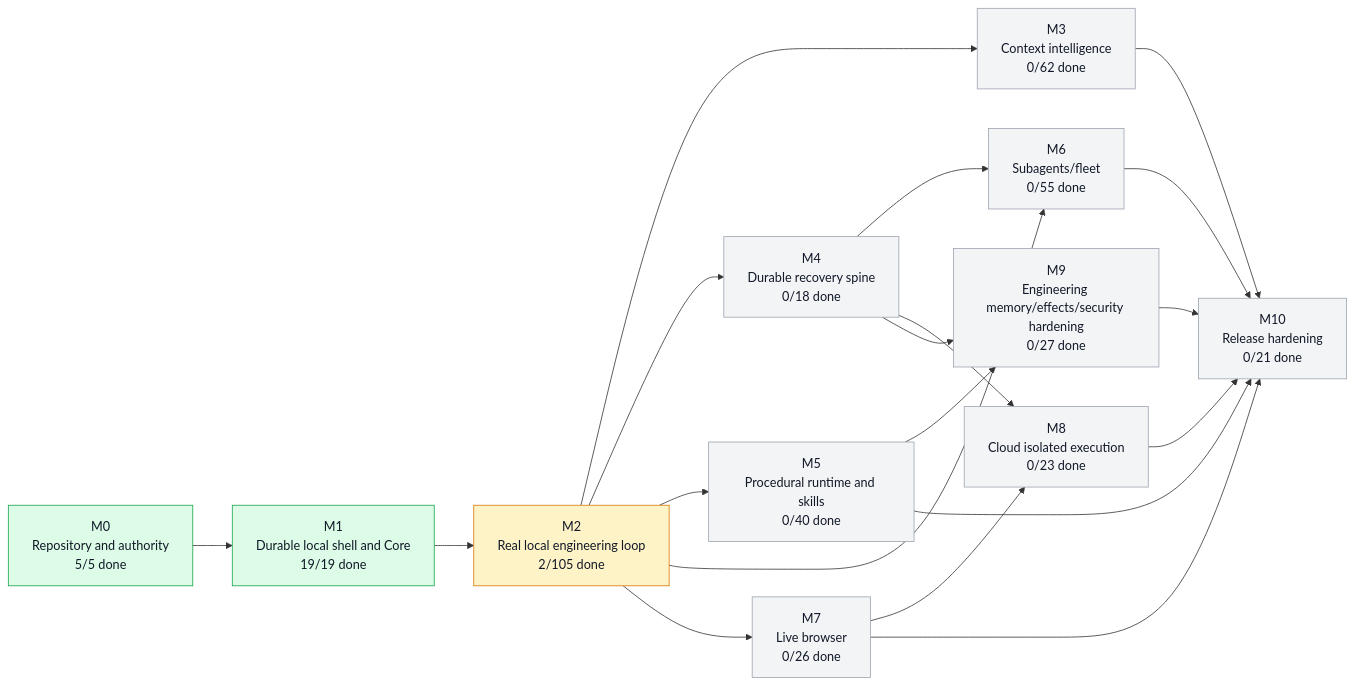
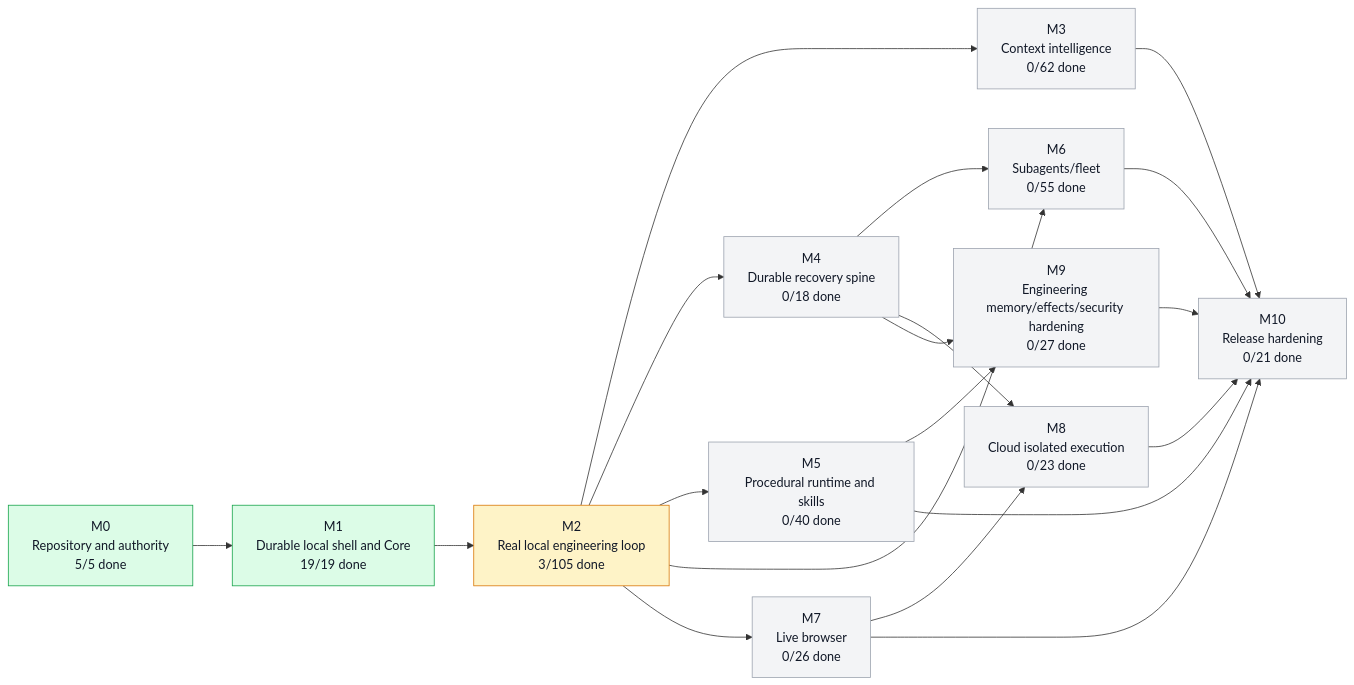
One commit to moss101/modbit changed the first of 5 diagrams in graph/PROJECT_GRAPH.md. Above: the diagram before and after it, drawn with Mermaid. The commit also changed other lines of this file and 6 other files, not shown here.

````diff
--- a/graph/PROJECT_GRAPH.md
+++ b/graph/PROJECT_GRAPH.md
@@ -57,43 +57,43 @@
 ```mermaid
 flowchart LR
   M0["M0<br/>Repository and authority<br/>5/5 done"]
   M1["M1<br/>Durable local shell and Core<br/>19/19 done"]
-  M2["M2<br/>Real local engineering loop<br/>2/105 done"]
+  M2["M2<br/>Real local engineering loop<br/>3/105 done"]
   M3["M3<br/>Context intelligence<br/>0/62 done"]
   M4["M4<br/>Durable recovery spine<br/>0/18 done"]
   M5["M5<br/>Procedural runtime and skills<br/>0/40 done"]
   M6["M6<br/>Subagents/fleet<br/>0/55 done"]
   M7["M7<br/>Live browser<br/>0/26 done"]
   M8["M8<br/>Cloud isolated execution<br/>0/23 done"]
   M9["M9<br/>Engineering memory/effects/security hardening<br/>0/27 done"]
   M10["M10<br/>Release hardening<br/>0/21 done"]
   M0 --> M1
   M1 --> M2
   M2 --> M3
   M2 --> M4
   M2 --> M5
   M2 --> M6
   M4 --> M6
   M2 --> M7
   M4 --> M8
   M7 --> M8
   M4 --> M9
   M5 --> M9
   M3 --> M10
   M5 --> M10
   M6 --> M10
   M7 --> M10
   M8 --> M10
   M9 --> M10
   style M0 fill:#dcfce7,stroke:#16a34a,color:#111827
   style M1 fill:#dcfce7,stroke:#16a34a,color:#111827
   style M2 fill:#fef3c7,stroke:#d97706,color:#111827
   style M3 fill:#f3f4f6,stroke:#9ca3af,color:#111827
   style M4 fill:#f3f4f6,stroke:#9ca3af,color:#111827
   style M5 fill:#f3f4f6,stroke:#9ca3af,color:#111827
   style M6 fill:#f3f4f6,stroke:#9ca3af,color:#111827
   style M7 fill:#f3f4f6,stroke:#9ca3af,color:#111827
   style M8 fill:#f3f4f6,stroke:#9ca3af,color:#111827
   style M9 fill:#f3f4f6,stroke:#9ca3af,color:#111827
   style M10 fill:#f3f4f6,stroke:#9ca3af,color:#111827
 ```
````
